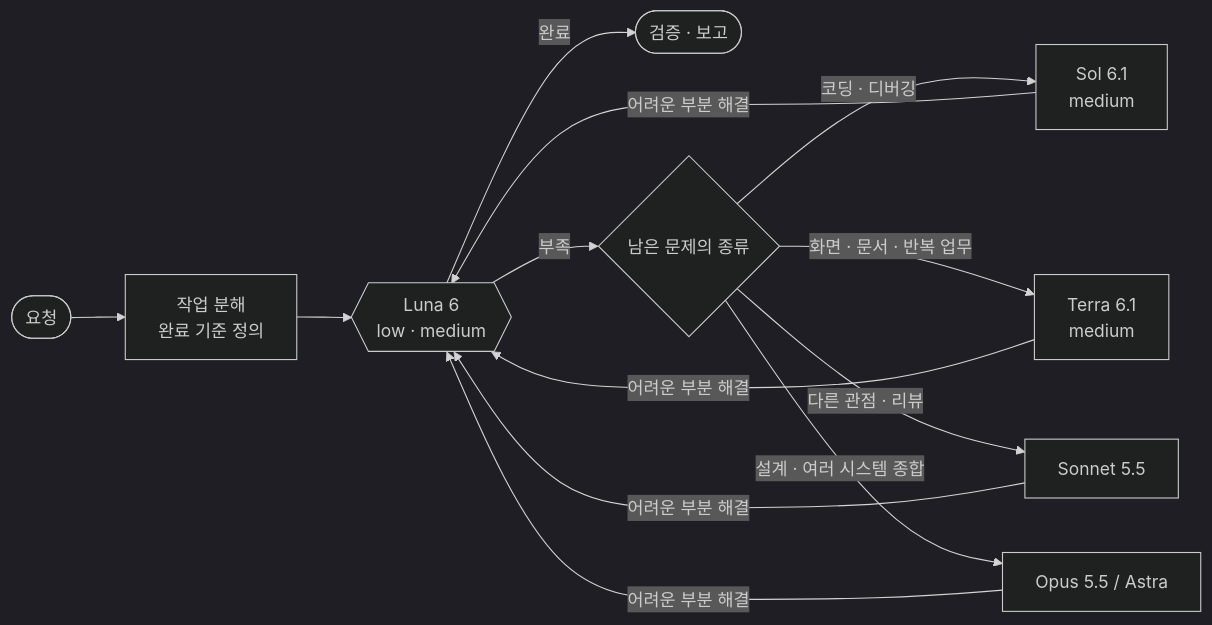
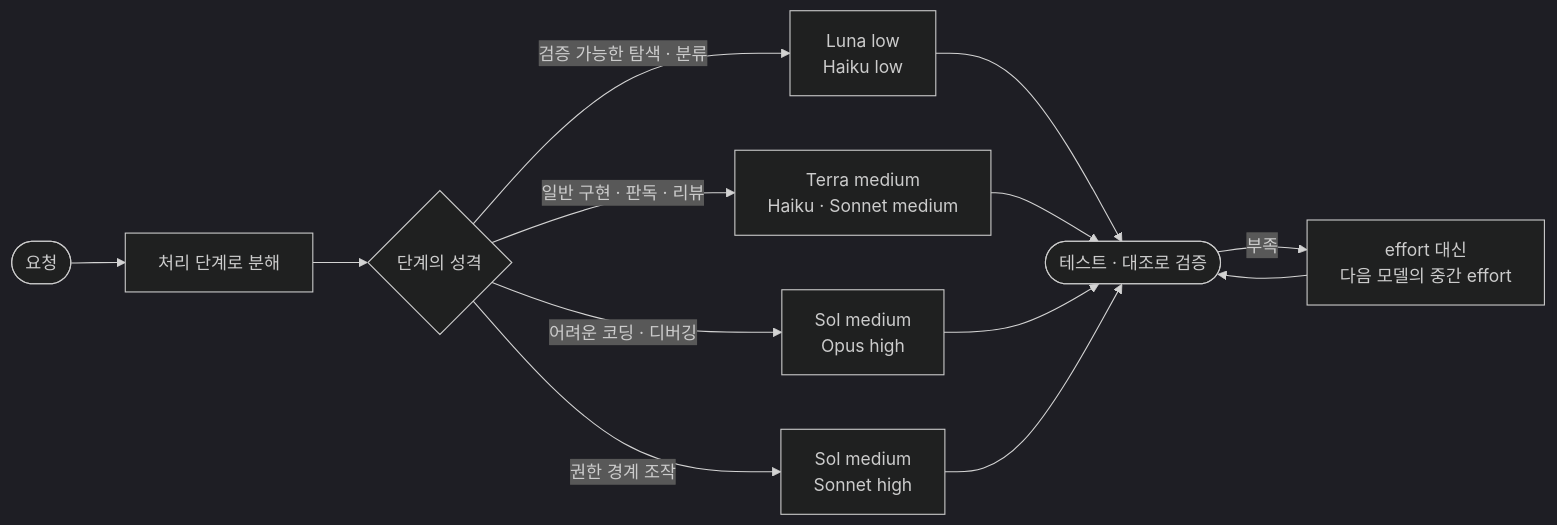
The diagram in README.md (sangwookp9591/model-routing), drawn with Mermaid (dark theme) before and after one commit. The commit also changed other lines of this file and 2 other files, not shown here.

````diff
--- a/README.md
+++ b/README.md
@@ -53,12 +53,12 @@
 ```mermaid
 flowchart LR
-    A([요청]) --> B[작업 분해<br/>완료 기준 정의]
-    B --> C{{Luna 6<br/>low · medium}}
-    C -->|완료| Z([검증 · 보고])
-    C -->|부족| D{남은 문제의 종류}
-    D -->|코딩 · 디버깅| E[Sol 6.1<br/>medium]
-    D -->|화면 · 문서 · 반복 업무| F[Terra 6.1<br/>medium]
-    D -->|다른 관점 · 리뷰| G[Sonnet 5.5]
-    D -->|설계 · 여러 시스템 종합| H[Opus 5.5 / Astra]
-    E & F & G & H -->|어려운 부분 해결| C
+    A([요청]) --> B[처리 단계로 분해]
+    B --> C{단계의 성격}
+    C -->|검증 가능한 탐색 · 분류| D[Luna low<br/>Haiku low]
+    C -->|일반 구현 · 판독 · 리뷰| E[Terra medium<br/>Haiku · Sonnet medium]
+    C -->|어려운 코딩 · 디버깅| F[Sol medium<br/>Opus high]
+    C -->|권한 경계 조작| G[Sol medium<br/>Sonnet high]
+    D & E & F & G --> V([테스트 · 대조로 검증])
+    V -->|부족| U[effort 대신<br/>다음 모델의 중간 effort]
+    U --> V
 ```
````
